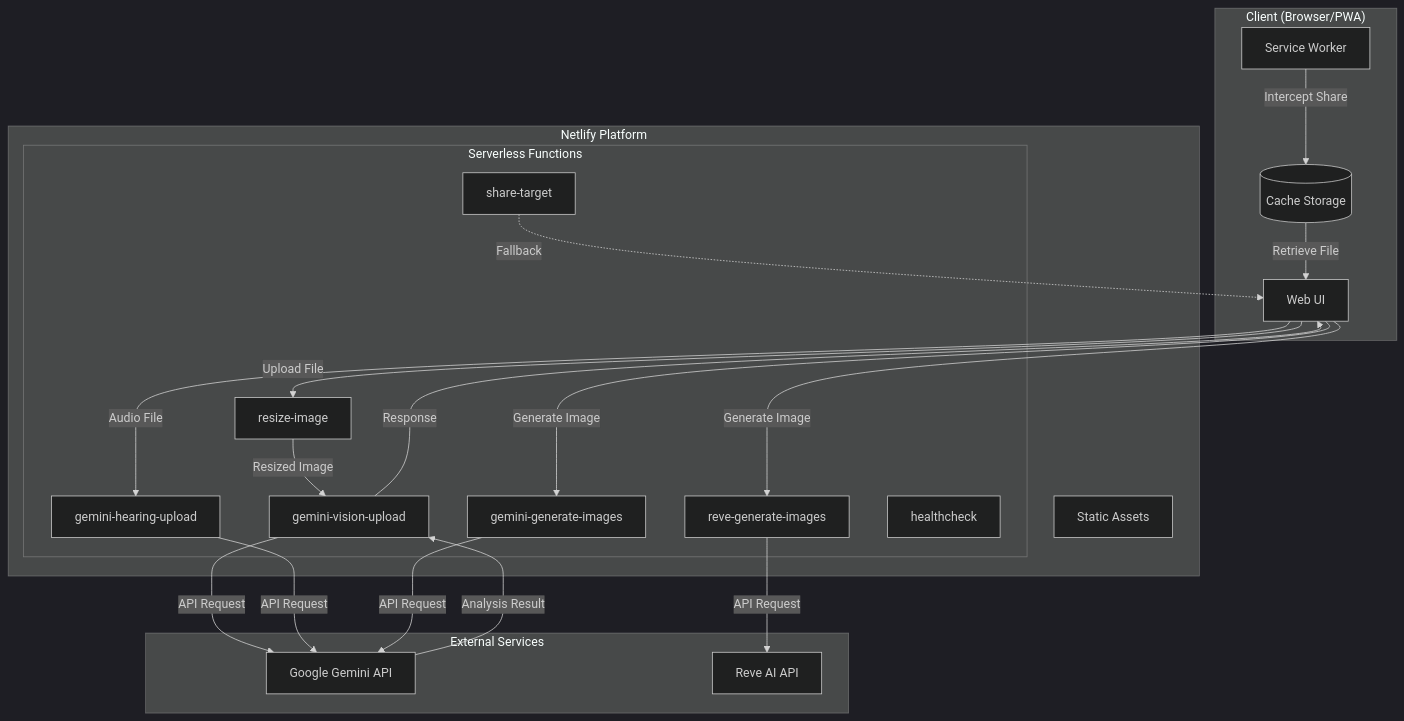
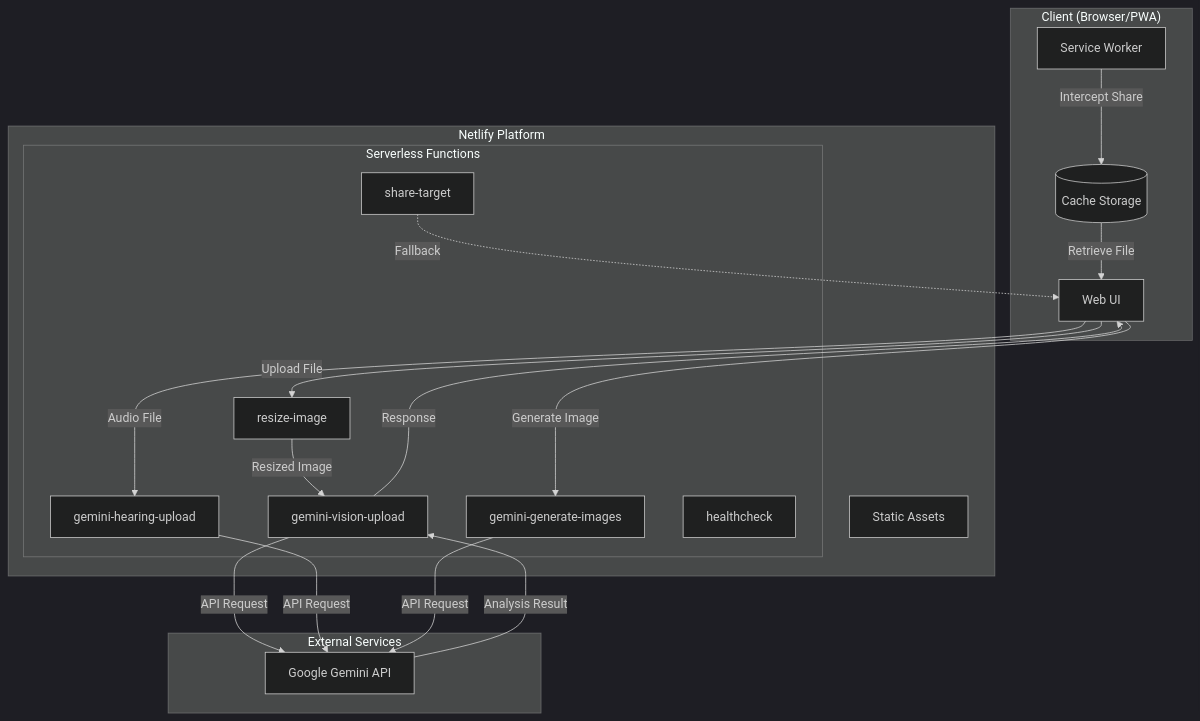
One commit to glaucopater/freeprompt changed the first of 4 diagrams in README.md. Above: the diagram before and after it, drawn with Mermaid (dark theme). The commit also changed other lines of this file and 5 other files, not shown here.

````diff
--- a/README.md
+++ b/README.md
@@ -39,45 +35,40 @@
 ```mermaid
 graph TB
     subgraph Client["Client (Browser/PWA)"]
         UI[Web UI]
         SW[Service Worker]
         Cache[(Cache Storage)]
     end
 
     subgraph Netlify["Netlify Platform"]
         subgraph Functions["Serverless Functions"]
             Vision[gemini-vision-upload]
             Hearing[gemini-hearing-upload]
             Resize[resize-image]
             ShareFn[share-target]
             GenGemini[gemini-generate-images]
-            GenReve[reve-generate-images]
             Health[healthcheck]
         end
         Static[Static Assets]
     end
 
     subgraph External["External Services"]
         Gemini[Google Gemini API]
-        Reve[Reve AI API]
     end
 
     UI -->|Upload File| Resize
     Resize -->|Resized Image| Vision
     Vision -->|API Request| Gemini
     Gemini -->|Analysis Result| Vision
     Vision -->|Response| UI
 
     UI -->|Audio File| Hearing
     Hearing -->|API Request| Gemini
 
     UI -->|Generate Image| GenGemini
     GenGemini -->|API Request| Gemini
-    
-    UI -->|Generate Image| GenReve
-    GenReve -->|API Request| Reve
 
     SW -->|Intercept Share| Cache
     Cache -->|Retrieve File| UI
     ShareFn -.->|Fallback| UI
 ```
````
